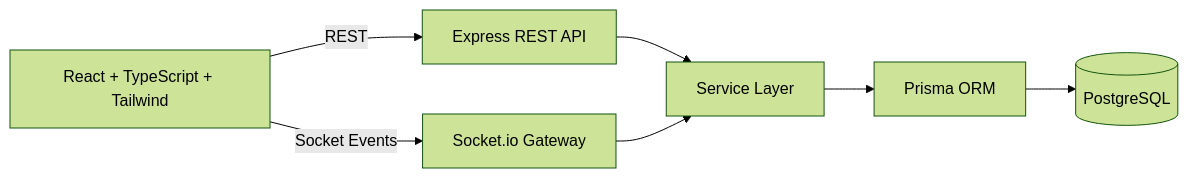
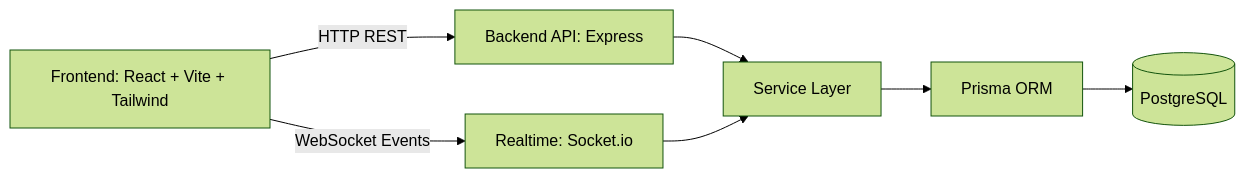
One commit to devsuthar-ai-ml/real-time-collaboration-platform changed the diagram in README.md. Above: the diagram before and after it, drawn with Mermaid (forest theme). The commit also changed other lines of this file and 1 other file, not shown here.

````diff
--- a/README.md
+++ b/README.md
@@ -38,15 +51,15 @@
 ```mermaid
 flowchart LR
-  UI[React + TypeScript + Tailwind]
-  API[Express REST API]
-  RT[Socket.io Gateway]
+  FE[Frontend: React + Vite + Tailwind]
+  API[Backend API: Express]
+  WS[Realtime: Socket.io]
   SVC[Service Layer]
   ORM[Prisma ORM]
   DB[(PostgreSQL)]
 
-  UI -->|REST| API
-  UI -->|Socket Events| RT
+  FE -->|HTTP REST| API
+  FE -->|WebSocket Events| WS
   API --> SVC
-  RT --> SVC
+  WS --> SVC
   SVC --> ORM --> DB
 ```
````
